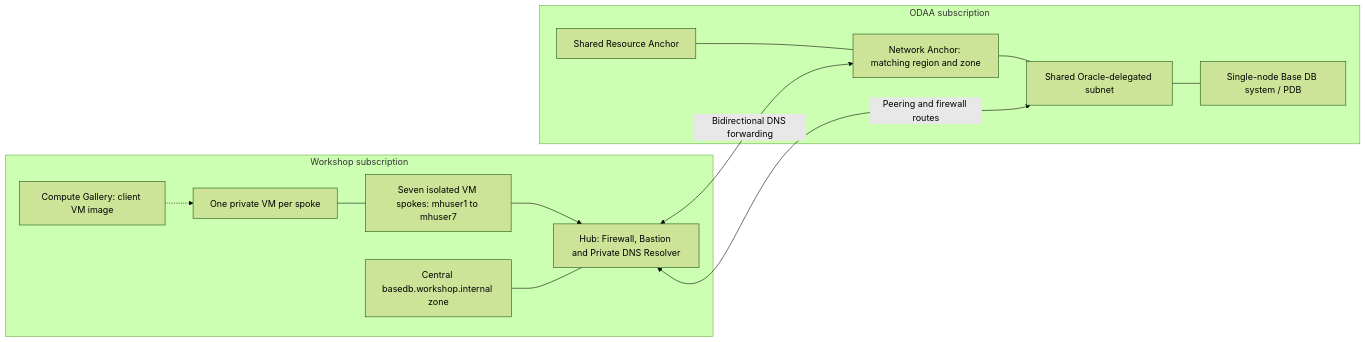
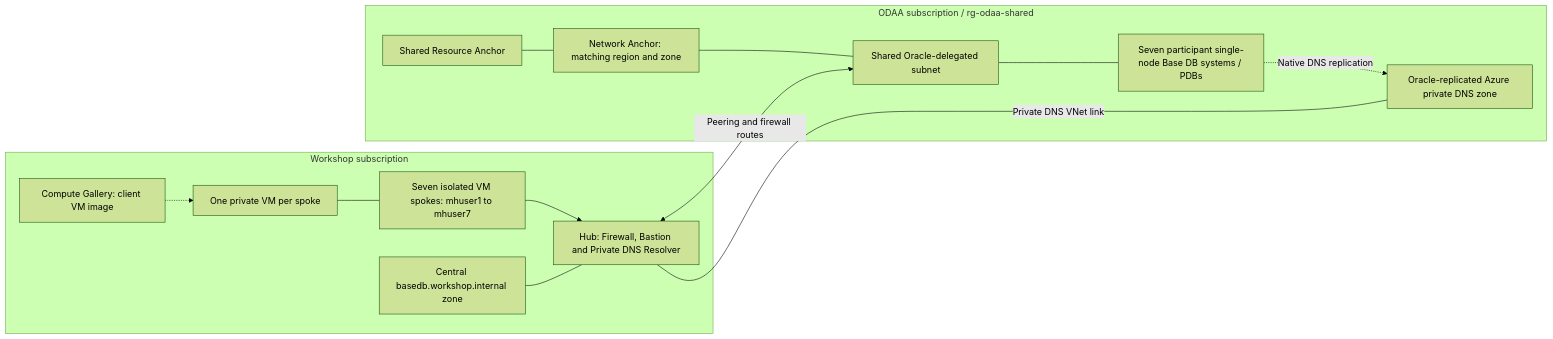
One commit to cpinotossi/msftmh changed the diagram in README.md. Above: the diagram before and after it, drawn with Mermaid (forest theme). The commit also changed other lines of this file and 337 other files, not shown here.

````diff
--- a/README.md
+++ b/README.md
@@ -33,25 +41,27 @@
 ```mermaid
 flowchart LR
     subgraph Core["Workshop subscription"]
         Gallery["Compute Gallery: client VM image"]
         Hub["Hub: Firewall, Bastion and Private DNS Resolver"]
         DNS["Central basedb.workshop.internal zone"]
         VNet["Seven isolated VM spokes: mhuser1 to mhuser7"]
         VM["One private VM per spoke"]
         Gallery -.-> VM
         VM --- VNet
         VNet --> Hub
         DNS --- Hub
     end
-    subgraph Database["ODAA subscription"]
+    subgraph Database["ODAA subscription / rg-odaa-shared"]
         RA["Shared Resource Anchor"]
         NA["Network Anchor: matching region and zone"]
         Subnet["Shared Oracle-delegated subnet"]
-        DB["Single-node Base DB system / PDB"]
+        DB["Seven participant single-node Base DB systems / PDBs"]
+        Replica["Oracle-replicated Azure private DNS zone"]
         RA --- NA
         NA --- Subnet
         Subnet --- DB
+        DB -.->|Native DNS replication| Replica
     end
     Hub <-->|Peering and firewall routes| Subnet
-    Hub <-->|Bidirectional DNS forwarding| NA
+    Replica ---|Private DNS VNet link| Hub
 ```
````
